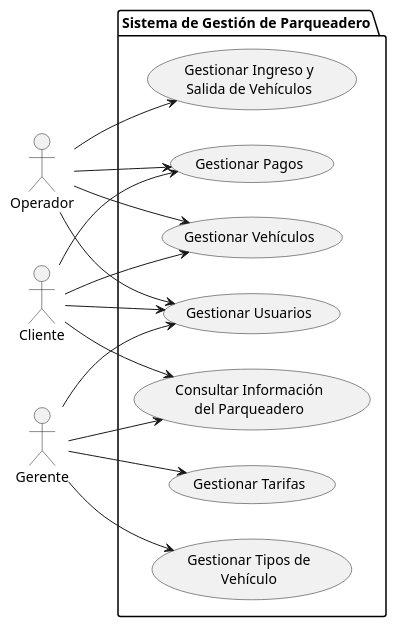
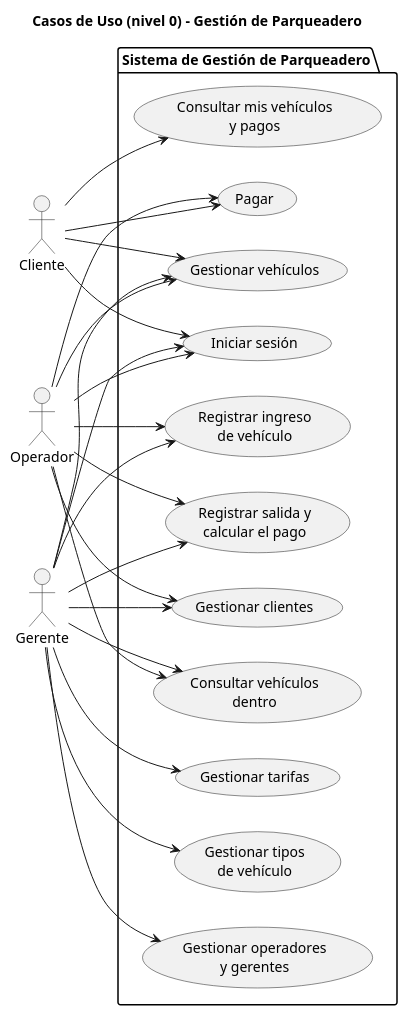
One commit to xdark-nessx20/demo_parq_temp changed the diagram in docs/domain/UC0-diagram.puml. Above: the diagram before and after it, drawn with PlantUML. The commit also changed 4 other files, not shown here.

First line of the commit message:
Docs: README, datos-demo.sql y diagramas actualizados

```diff
--- a/docs/domain/UC0-diagram.puml
+++ b/docs/domain/UC0-diagram.puml
@@ -1,35 +1,48 @@
 @startuml
+title Casos de Uso (nivel 0) - Gestión de Parqueadero
 left to right direction
 
 actor "Cliente" as c
 actor "Operador" as o
 actor "Gerente" as g
 
 package "Sistema de Gestión de Parqueadero" {
-  
-  usecase "Gestionar Ingreso y\nSalida de Vehículos" as UC1
-  usecase "Gestionar Pagos" as UC2
-  usecase "Gestionar Vehículos" as UC3
-  usecase "Gestionar Tarifas" as UC4
-  usecase "Gestionar Tipos de\nVehículo" as UC5
-  usecase "Gestionar Usuarios" as UC6
-  usecase "Consultar Información\ndel Parqueadero" as UC7
+
+  usecase "Iniciar sesión" as UC0
+  usecase "Registrar ingreso\nde vehículo" as UC1
+  usecase "Registrar salida y\ncalcular el pago" as UC2
+  usecase "Pagar" as UC3
+  usecase "Consultar vehículos\ndentro" as UC4
+  usecase "Gestionar vehículos" as UC5
+  usecase "Gestionar clientes" as UC6
+  usecase "Gestionar tarifas" as UC7
+  usecase "Gestionar tipos\nde vehículo" as UC8
+  usecase "Gestionar operadores\ny gerentes" as UC9
+  usecase "Consultar mis vehículos\ny pagos" as UC10
 
 }
 
-c --> UC2
+c --> UC0
 c --> UC3
-c --> UC6
-c --> UC7
+c --> UC5
+c --> UC10
 
+o --> UC0
 o --> UC1
 o --> UC2
 o --> UC3
+o --> UC4
+o --> UC5
 o --> UC6
 
+g --> UC0
+g --> UC1
+g --> UC2
 g --> UC4
 g --> UC5
+g --> UC6
 g --> UC7
-g --> UC6
+g --> UC8
+g --> UC9
 
 @enduml
```
